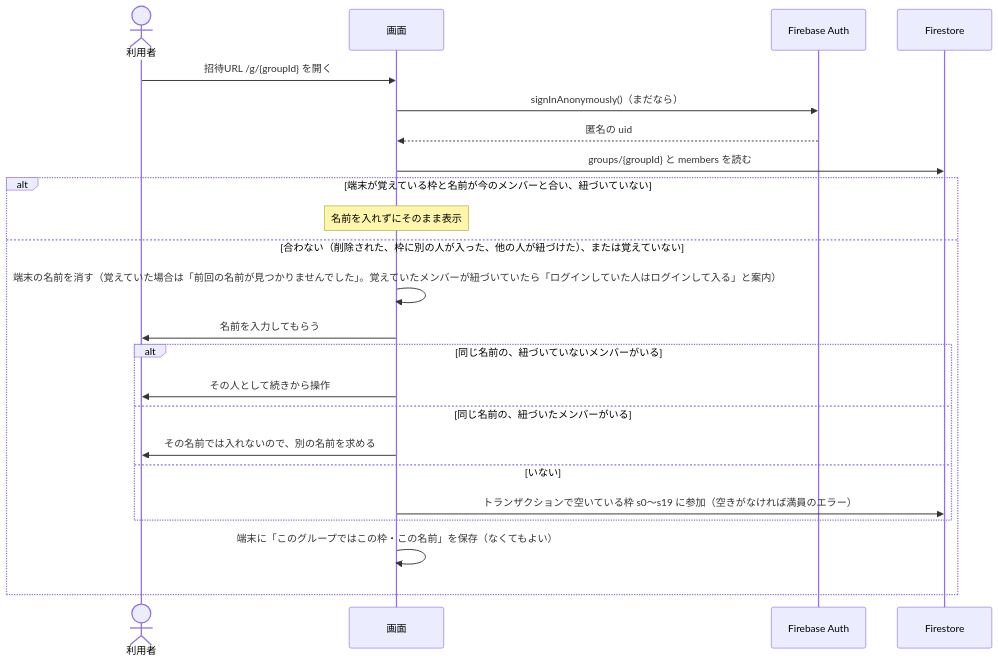
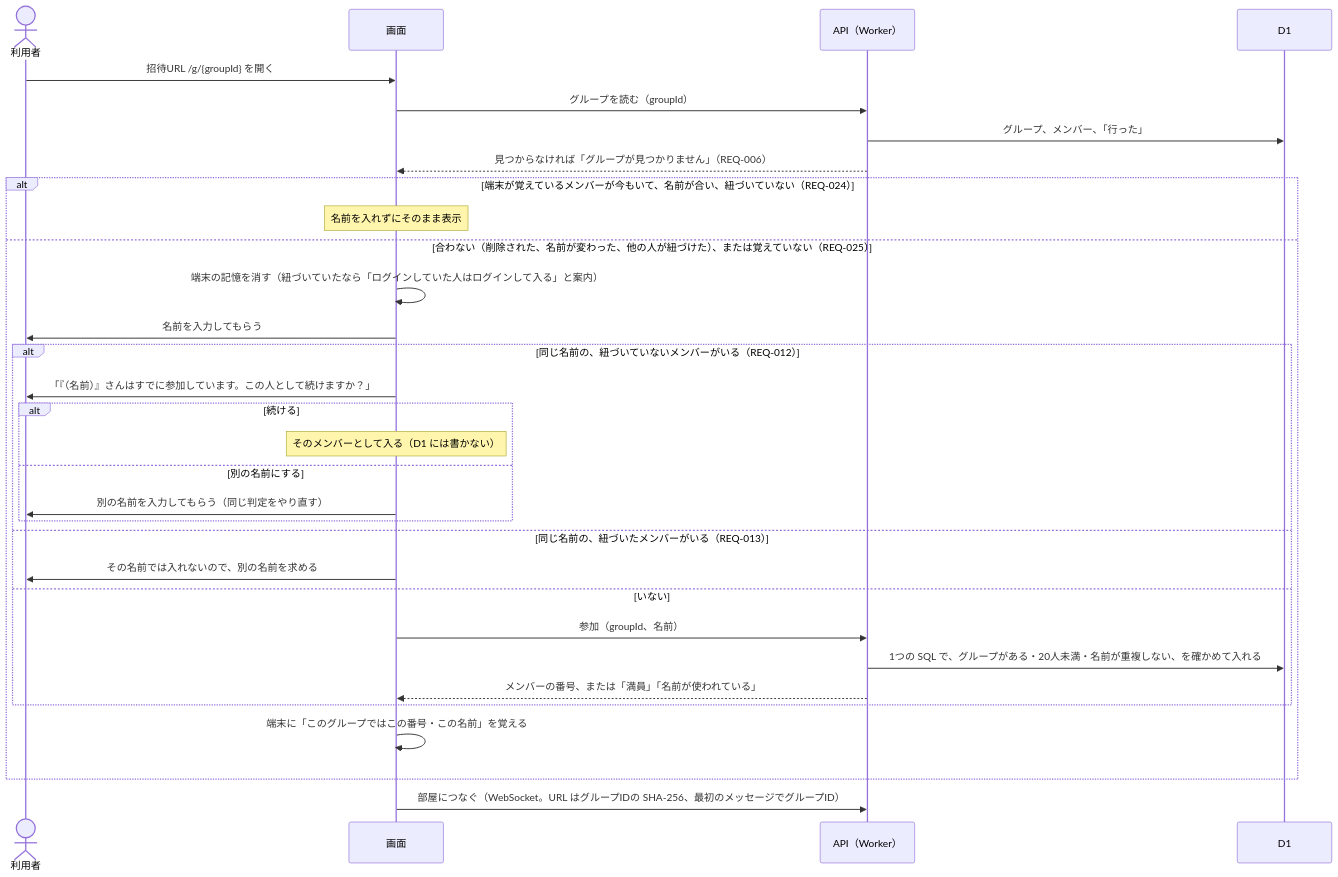
Before and after one commit to yuppy52/tabikaigi-map: the first of 4 diagrams in docs/design/auth-flow.md, drawn with Mermaid. The commit also changed other lines of this file and 11 other files, not shown here.

````diff
--- a/docs/design/auth-flow.md
+++ b/docs/design/auth-flow.md
@@ -11,26 +17,34 @@
 ```mermaid
 sequenceDiagram
   actor U as 利用者
   participant App as 画面
-  participant Auth as Firebase Auth
-  participant DB as Firestore
+  participant API as API（Worker）
+  participant DB as D1
 
   U->>App: 招待URL /g/{groupId} を開く
-  App->>Auth: signInAnonymously()（まだなら）
-  Auth-->>App: 匿名の uid
-  App->>DB: groups/{groupId} と members を読む
-  alt 端末が覚えている枠と名前が今のメンバーと合い、紐づいていない
+  App->>API: グループを読む（groupId）
+  API->>DB: グループ、メンバー、「行った」
+  API-->>App: 見つからなければ「グループが見つかりません」（REQ-006）
+  alt 端末が覚えているメンバーが今もいて、名前が合い、紐づいていない（REQ-024）
     Note over App: 名前を入れずにそのまま表示
-  else 合わない（削除された、枠に別の人が入った、他の人が紐づけた）、または覚えていない
-    App->>App: 端末の名前を消す（覚えていた場合は「前回の名前が見つかりませんでした」。覚えていたメンバーが紐づいていたら「ログインしていた人はログインして入る」と案内）
+  else 合わない（削除された、名前が変わった、他の人が紐づけた）、または覚えていない（REQ-025）
+    App->>App: 端末の記憶を消す（紐づいていたなら「ログインしていた人はログインして入る」と案内）
     App->>U: 名前を入力してもらう
-    alt 同じ名前の、紐づいていないメンバーがいる
-      App->>U: その人として続きから操作
-    else 同じ名前の、紐づいたメンバーがいる
+    alt 同じ名前の、紐づいていないメンバーがいる（REQ-012）
+      App->>U: 「『（名前）』さんはすでに参加しています。この人として続けますか？」
+      alt 続ける
+        Note over App: そのメンバーとして入る（D1 には書かない）
+      else 別の名前にする
+        App->>U: 別の名前を入力してもらう（同じ判定をやり直す）
+      end
+    else 同じ名前の、紐づいたメンバーがいる（REQ-013）
       App->>U: その名前では入れないので、別の名前を求める
     else いない
-      App->>DB: トランザクションで空いている枠 s0〜s19 に参加（空きがなければ満員のエラー）
+      App->>API: 参加（groupId、名前）
+      API->>DB: 1つの SQL で、グループがある・20人未満・名前が重複しない、を確かめて入れる
+      API-->>App: メンバーの番号、または「満員」「名前が使われている」
     end
-    App->>App: 端末に「このグループではこの枠・この名前」を保存（なくてもよい）
+    App->>App: 端末に「このグループではこの番号・この名前」を覚える
   end
+  App->>API: 部屋につなぐ（WebSocket。URL はグループIDの SHA-256、最初のメッセージでグループID）
 ```
````
